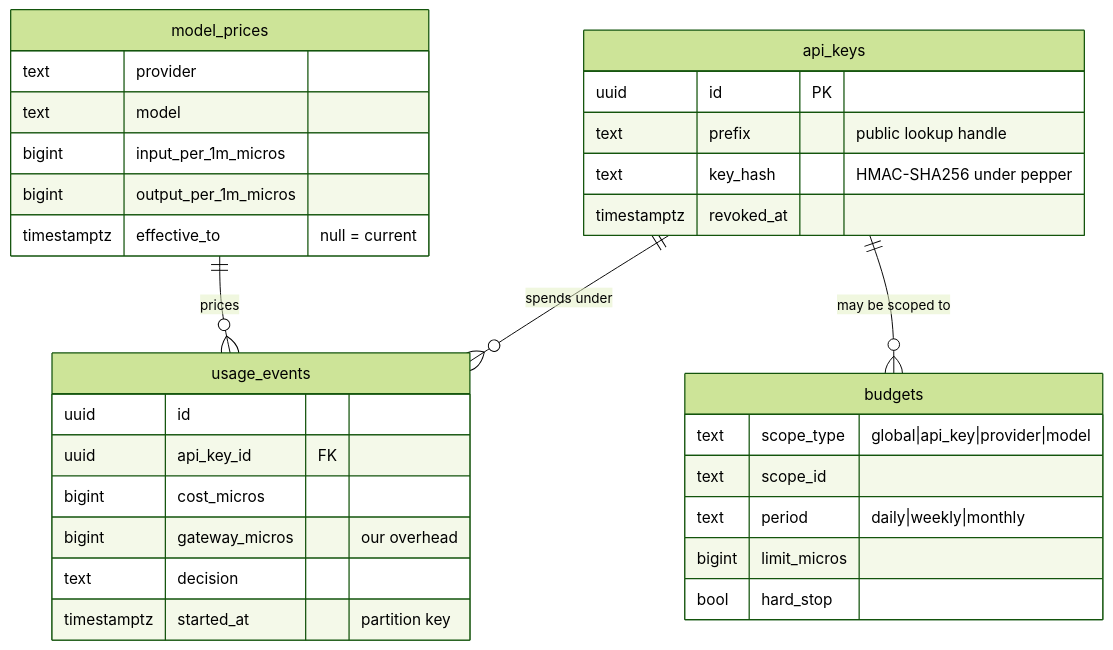
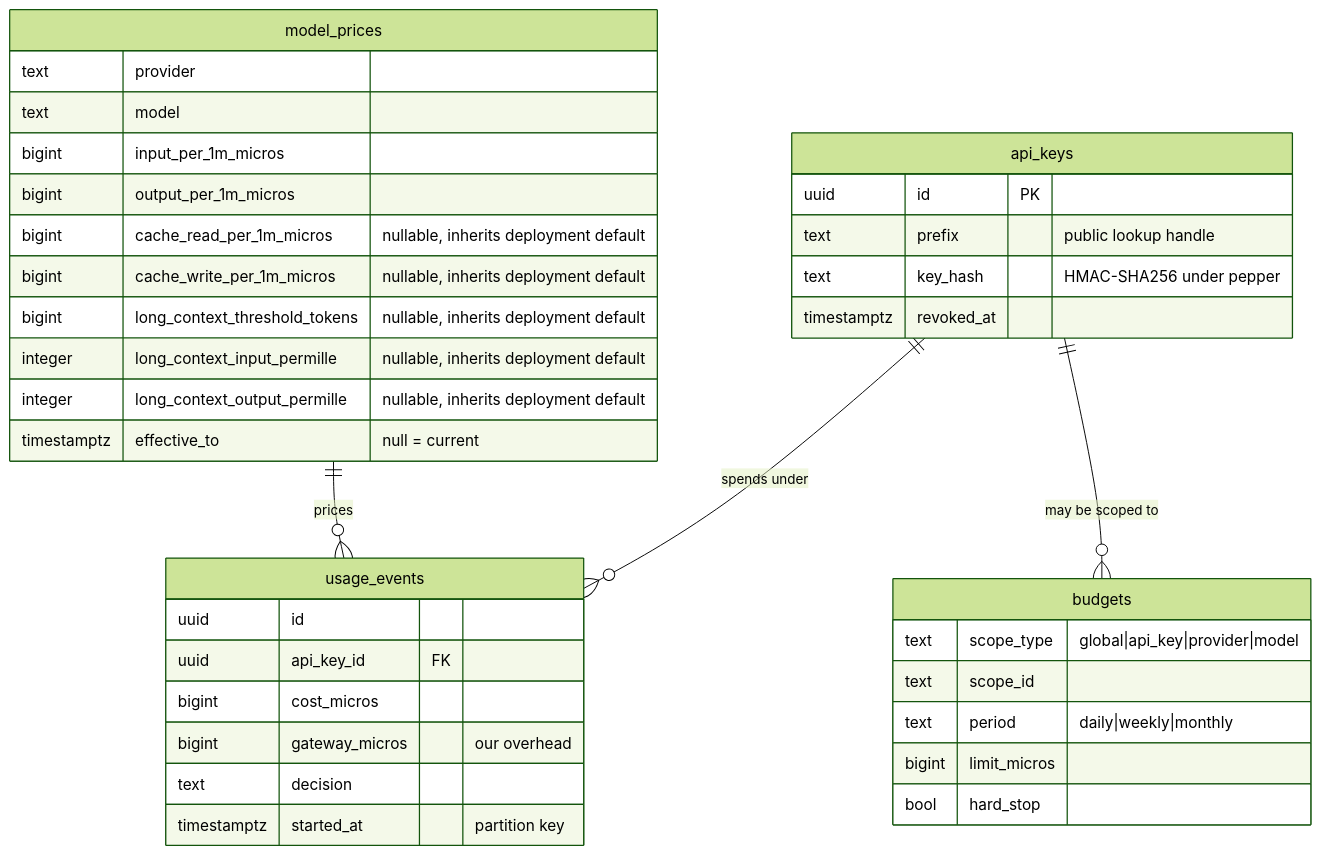
One commit to sakura-sky/tollgate changed the third of 3 diagrams in docs/ARCHITECTURE.md. Above: the diagram before and after it, drawn with Mermaid (forest theme). The commit also changed other lines of this file and 19 other files, not shown here.

````diff
--- a/docs/ARCHITECTURE.md
+++ b/docs/ARCHITECTURE.md
@@ -81,34 +81,39 @@
 ```mermaid
 erDiagram
   api_keys ||--o{ usage_events : "spends under"
   api_keys ||--o{ budgets : "may be scoped to"
   model_prices ||--o{ usage_events : "prices"
   api_keys {
     uuid id PK
     text prefix "public lookup handle"
     text key_hash "HMAC-SHA256 under pepper"
     timestamptz revoked_at
   }
   budgets {
     text scope_type "global|api_key|provider|model"
     text scope_id
     text period "daily|weekly|monthly"
     bigint limit_micros
     bool hard_stop
   }
   model_prices {
     text provider
     text model
     bigint input_per_1m_micros
     bigint output_per_1m_micros
+    bigint cache_read_per_1m_micros "nullable, inherits deployment default"
+    bigint cache_write_per_1m_micros "nullable, inherits deployment default"
+    bigint long_context_threshold_tokens "nullable, inherits deployment default"
+    integer long_context_input_permille "nullable, inherits deployment default"
+    integer long_context_output_permille "nullable, inherits deployment default"
     timestamptz effective_to "null = current"
   }
   usage_events {
     uuid id
     uuid api_key_id FK
     bigint cost_micros
     bigint gateway_micros "our overhead"
     text decision
     timestamptz started_at "partition key"
   }
 ```
````
